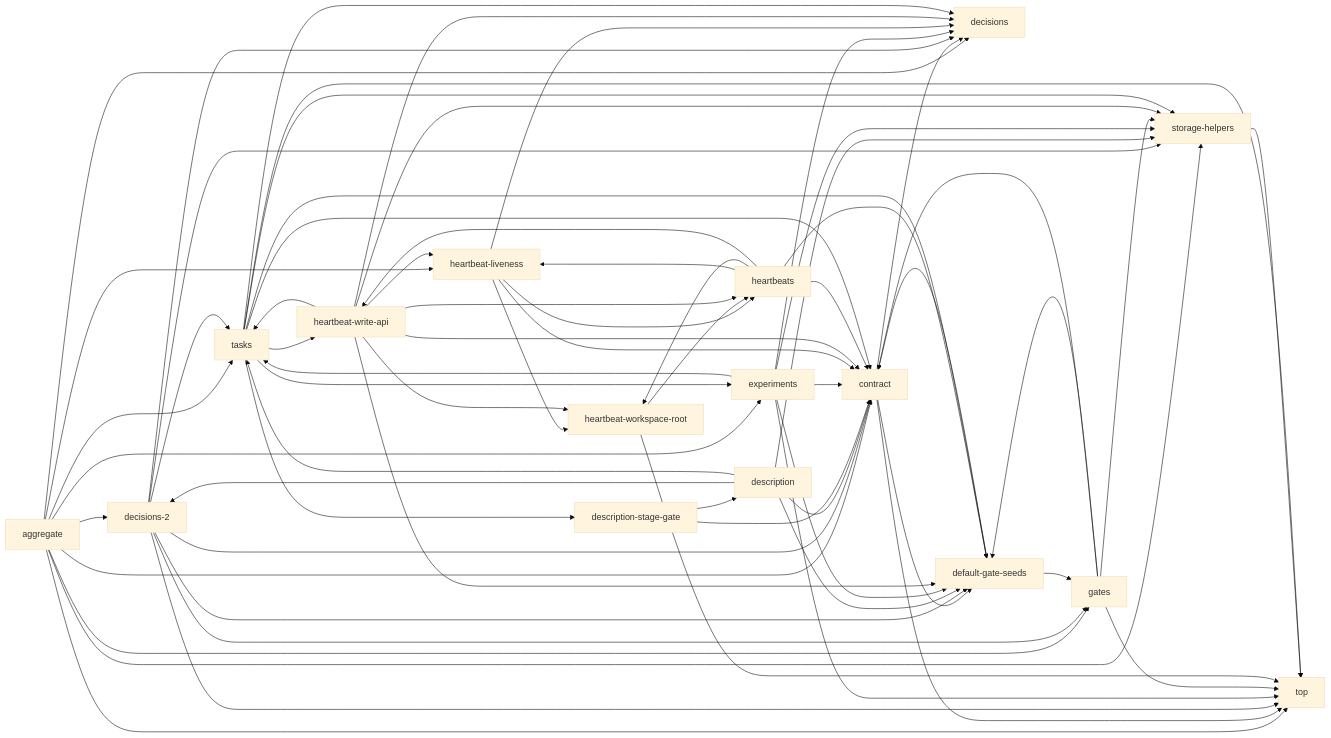
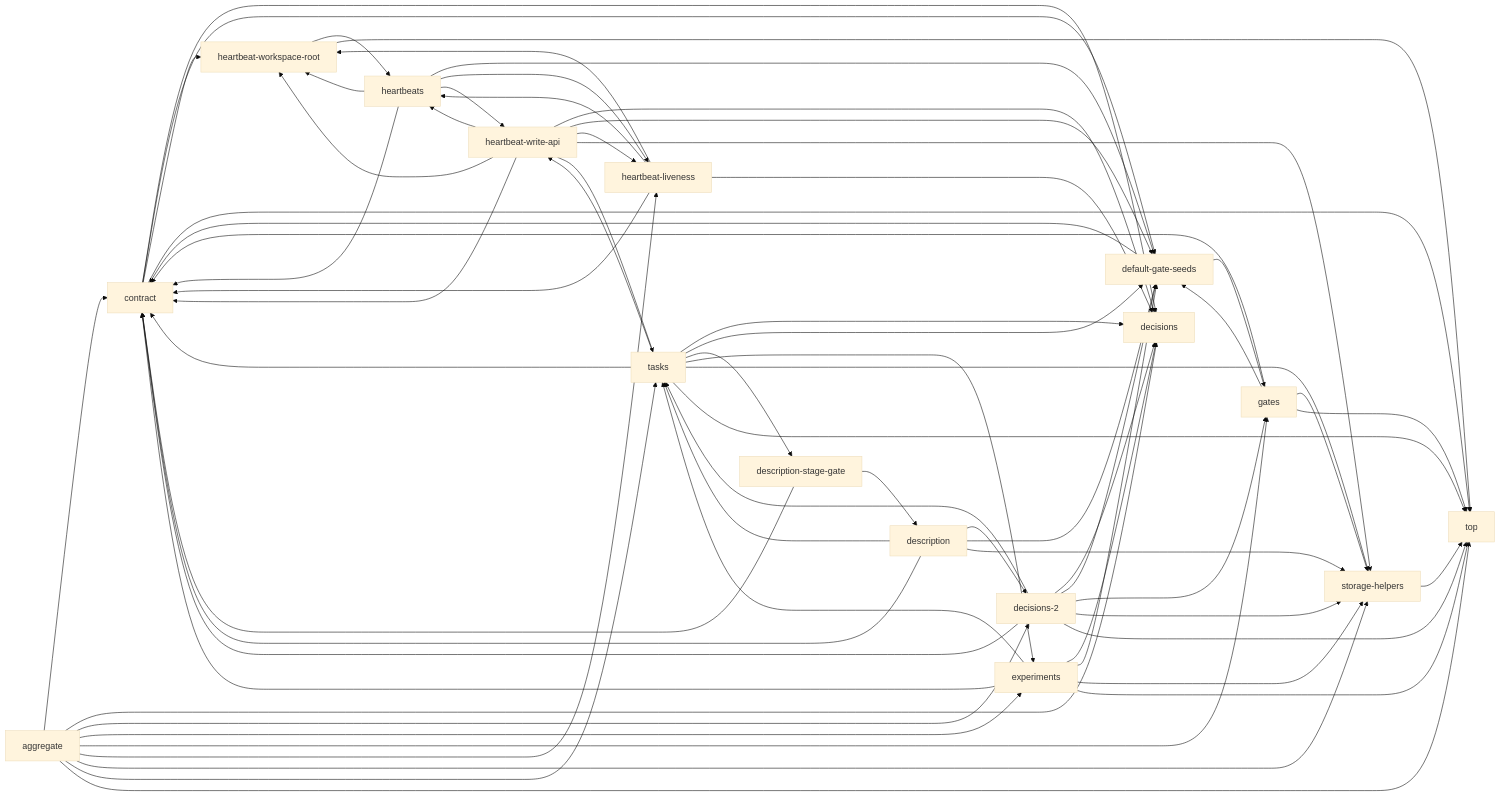
Before and after one commit to Han-Haocheng/project-flow: the fourth of 12 diagrams in docs/project-description.md, drawn with Mermaid (base theme). The commit also changed other lines of this file and 2 other files, not shown here.

````diff
--- a/docs/project-description.md
+++ b/docs/project-description.md
@@ -351,69 +351,70 @@
 ```mermaid
 graph LR
   m13["aggregate"] --> m2["contract"]
   m13["aggregate"] --> m1["decisions"]
   m13["aggregate"] --> m8["decisions-2"]
   m13["aggregate"] --> m5["experiments"]
   m13["aggregate"] --> m7["gates"]
   m13["aggregate"] --> m11["heartbeat-liveness"]
   m13["aggregate"] --> m4["storage-helpers"]
   m13["aggregate"] --> m6["tasks"]
   m13["aggregate"] --> m0["top"]
   m2["contract"] --> m1["decisions"]
   m2["contract"] --> m3["default-gate-seeds"]
+  m2["contract"] --> m10["heartbeat-workspace-root"]
   m2["contract"] --> m0["top"]
   m8["decisions-2"] --> m2["contract"]
   m8["decisions-2"] --> m1["decisions"]
   m8["decisions-2"] --> m3["default-gate-seeds"]
   m8["decisions-2"] --> m7["gates"]
   m8["decisions-2"] --> m4["storage-helpers"]
   m8["decisions-2"] --> m6["tasks"]
   m8["decisions-2"] --> m0["top"]
   m3["default-gate-seeds"] --> m2["contract"]
   m3["default-gate-seeds"] --> m7["gates"]
   m14["description"] --> m2["contract"]
   m14["description"] --> m8["decisions-2"]
   m14["description"] --> m3["default-gate-seeds"]
   m14["description"] --> m4["storage-helpers"]
   m14["description"] --> m6["tasks"]
   m15["description-stage-gate"] --> m2["contract"]
   m15["description-stage-gate"] --> m14["description"]
   m5["experiments"] --> m2["contract"]
   m5["experiments"] --> m1["decisions"]
   m5["experiments"] --> m3["default-gate-seeds"]
   m5["experiments"] --> m4["storage-helpers"]
   m5["experiments"] --> m6["tasks"]
   m5["experiments"] --> m0["top"]
   m7["gates"] --> m2["contract"]
   m7["gates"] --> m3["default-gate-seeds"]
   m7["gates"] --> m4["storage-helpers"]
   m7["gates"] --> m0["top"]
   m11["heartbeat-liveness"] --> m2["contract"]
   m11["heartbeat-liveness"] --> m1["decisions"]
   m11["heartbeat-liveness"] --> m10["heartbeat-workspace-root"]
   m11["heartbeat-liveness"] --> m9["heartbeats"]
   m10["heartbeat-workspace-root"] --> m9["heartbeats"]
   m10["heartbeat-workspace-root"] --> m0["top"]
   m12["heartbeat-write-api"] --> m2["contract"]
   m12["heartbeat-write-api"] --> m1["decisions"]
   m12["heartbeat-write-api"] --> m3["default-gate-seeds"]
   m12["heartbeat-write-api"] --> m11["heartbeat-liveness"]
   m12["heartbeat-write-api"] --> m10["heartbeat-workspace-root"]
   m12["heartbeat-write-api"] --> m9["heartbeats"]
   m12["heartbeat-write-api"] --> m4["storage-helpers"]
   m12["heartbeat-write-api"] --> m6["tasks"]
   m9["heartbeats"] --> m2["contract"]
   m9["heartbeats"] --> m3["default-gate-seeds"]
   m9["heartbeats"] --> m11["heartbeat-liveness"]
   m9["heartbeats"] --> m10["heartbeat-workspace-root"]
   m9["heartbeats"] --> m12["heartbeat-write-api"]
   m4["storage-helpers"] --> m0["top"]
   m6["tasks"] --> m2["contract"]
   m6["tasks"] --> m1["decisions"]
   m6["tasks"] --> m3["default-gate-seeds"]
   m6["tasks"] --> m15["description-stage-gate"]
   m6["tasks"] --> m5["experiments"]
   m6["tasks"] --> m12["heartbeat-write-api"]
   m6["tasks"] --> m4["storage-helpers"]
   m6["tasks"] --> m0["top"]
 ```
````
